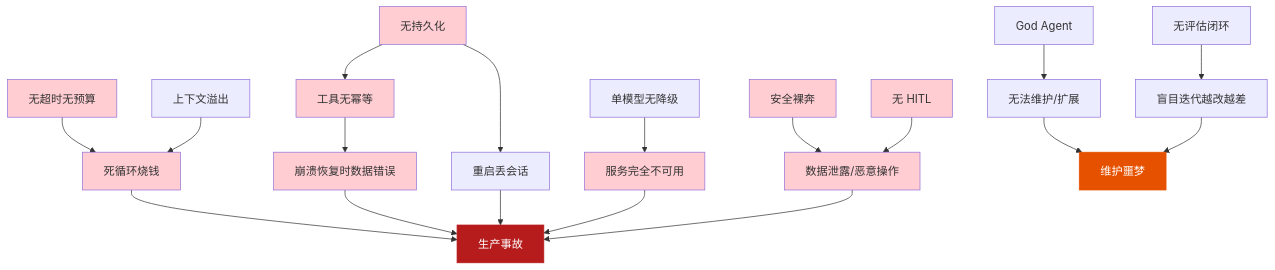
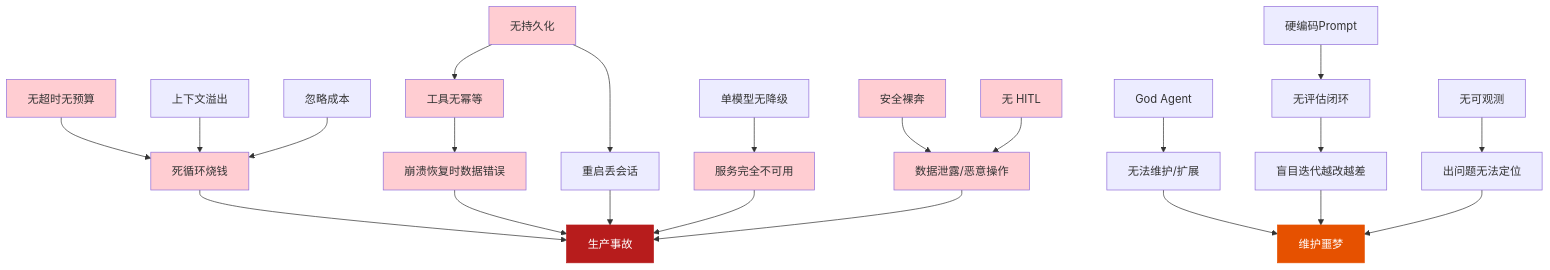
Diagram 14 of 16 in docs/教程/40-Agent架构反模式与避坑指南.md (UranusGit/java-agent-learn), drawn with Mermaid before and after one commit. The commit also changed other lines of this file and 19 other files, not shown here.

````diff
--- a/docs/教程/40-Agent架构反模式与避坑指南.md
+++ b/docs/教程/40-Agent架构反模式与避坑指南.md
@@ -1017,33 +1457,37 @@
 ```mermaid
 graph TB
     AP1["无超时无预算"] --> AP2["死循环烧钱"]
     AP3["工具无幂等"] --> AP4["崩溃恢复时数据错误"]
     AP5["无持久化"] --> AP3
     AP5 --> AP6["重启丢会话"]
     AP7["单模型无降级"] --> AP8["服务完全不可用"]
     AP9["安全裸奔"] --> AP10["数据泄露/恶意操作"]
     AP11["无 HITL"] --> AP10
     AP12["God Agent"] --> AP13["无法维护/扩展"]
     AP14["无评估闭环"] --> AP15["盲目迭代越改越差"]
     AP16["上下文溢出"] --> AP2
+    AP17["无可观测"] --> AP18["出问题无法定位"]
+    AP19["忽略成本"] --> AP2
+    AP20["硬编码Prompt"] --> AP14
 
     AP2 --> RISK["生产事故"]
     AP4 --> RISK
     AP6 --> RISK
     AP8 --> RISK
     AP10 --> RISK
     AP13 --> MAINTAIN["维护噩梦"]
     AP15 --> MAINTAIN
+    AP18 --> MAINTAIN
 
     style AP1 fill:#ffcdd2
     style AP2 fill:#ffcdd2
     style AP3 fill:#ffcdd2
     style AP4 fill:#ffcdd2
     style AP5 fill:#ffcdd2
     style AP8 fill:#ffcdd2
     style AP9 fill:#ffcdd2
     style AP10 fill:#ffcdd2
     style AP11 fill:#ffcdd2
     style RISK fill:#b71c1c,stroke:#b71c1c,color:#fff
     style MAINTAIN fill:#e65100,stroke:#e65100,color:#fff
 ```
````
